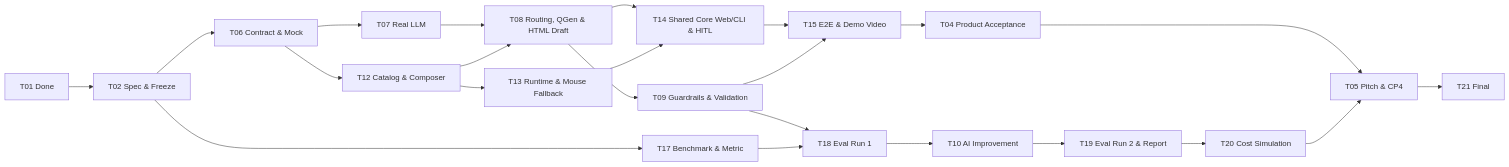
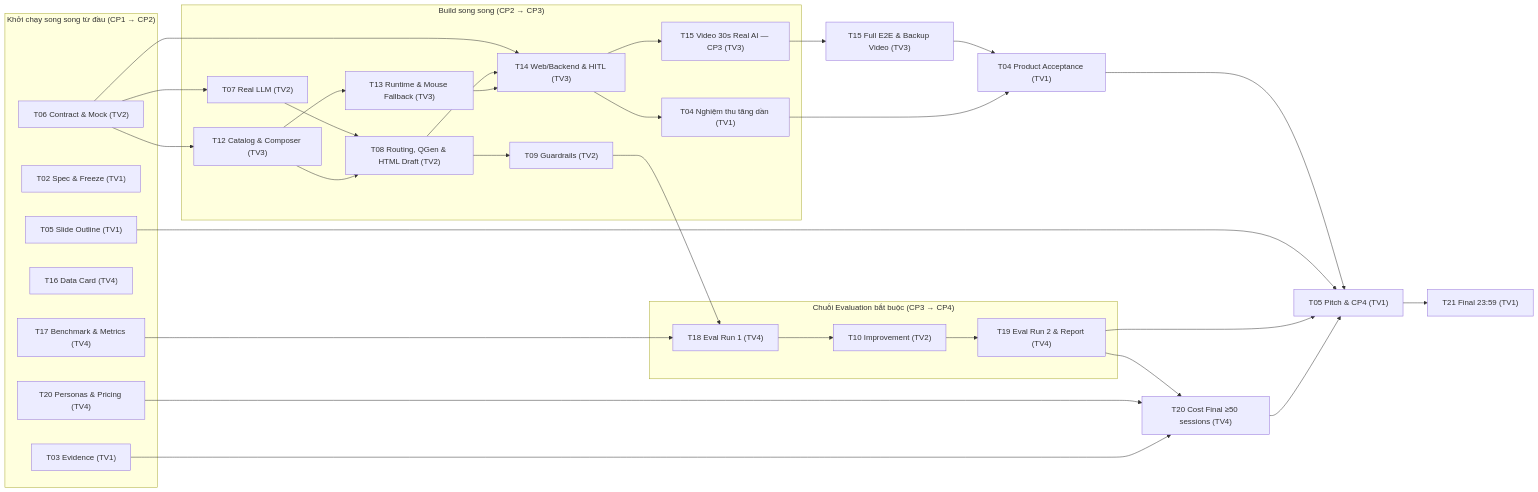
The diagram in docs/TASKS.md (LeHongQuanMarble/K5-L3-Day15-AI-Product-Hackathon-4ChangLinhNguLam), drawn with Mermaid before and after one commit. The commit also changed other lines of this file, not shown here.

````diff
--- a/docs/TASKS.md
+++ b/docs/TASKS.md
@@ -898,25 +900,52 @@
 ```mermaid
 flowchart LR
-    T01["T01 Done"] --> T02["T02 Spec & Freeze"]
-    T02 --> T06["T06 Contract & Mock"]
-    T02 --> T17["T17 Benchmark & Metric"]
-    T06 --> T07["T07 Real LLM"]
-    T06 --> T12["T12 Catalog & Composer"]
-    T07 --> T08["T08 Routing, QGen & HTML Draft"]
+    subgraph PARALLEL_START["Khởi chạy song song từ đầu (CP1 → CP2)"]
+        T03["T03 Evidence (TV1)"]
+        T02["T02 Spec & Freeze (TV1)"]
+        T06["T06 Contract & Mock (TV2)"]
+        T16["T16 Data Card (TV4)"]
+        T17["T17 Benchmark & Metrics (TV4)"]
+        T05P["T05 Slide Outline (TV1)"]
+        T20P["T20 Personas & Pricing (TV4)"]
+    end
+
+    subgraph BUILD_PARALLEL["Build song song (CP2 → CP3)"]
+        T07["T07 Real LLM (TV2)"]
+        T12["T12 Catalog & Composer (TV3)"]
+        T13["T13 Runtime & Mouse Fallback (TV3)"]
+        T08["T08 Routing, QGen & HTML Draft (TV2)"]
+        T09["T09 Guardrails (TV2)"]
+        T14["T14 Web/Backend & HITL (TV3)"]
+        T15A["T15 Video 30s Real AI — CP3 (TV3)"]
+        T04A["T04 Nghiệm thu tăng dần (TV1)"]
+    end
+
+    subgraph EVAL_CHAIN["Chuỗi Evaluation bắt buộc (CP3 → CP4)"]
+        T18["T18 Eval Run 1 (TV4)"] --> T10["T10 Improvement (TV2)"] --> T19["T19 Eval Run 2 & Report (TV4)"]
+    end
+
+    T06 --> T07
+    T06 --> T12
+    T06 --> T14
+    T07 --> T08
     T12 --> T08
-    T12 --> T13["T13 Runtime & Mouse Fallback"]
-    T08 --> T09["T09 Guardrails & Validation"]
-    T08 --> T14["T14 Shared Core Web/CLI & HITL"]
+    T12 --> T13
+    T08 --> T09
+    T08 --> T14
     T13 --> T14
-    T09 --> T18["T18 Eval Run 1"]
+    T14 --> T15A
+    T14 --> T04A
+    T09 --> T18
     T17 --> T18
-    T18 --> T10["T10 AI Improvement"]
-    T10 --> T19["T19 Eval Run 2 & Report"]
-    T14 --> T15["T15 E2E & Demo Video"]
-    T09 --> T15
-    T15 --> T04["T04 Product Acceptance"]
-    T19 --> T20["T20 Cost Simulation"]
-    T04 --> T05["T05 Pitch & CP4"]
+    T19 --> T20["T20 Cost Final ≥50 sessions (TV4)"]
+    T20P --> T20
+    T03 --> T20
+    T15A --> T15B["T15 Full E2E & Backup Video (TV3)"]
+    T15B --> T04["T04 Product Acceptance (TV1)"]
+    T04A --> T04
+    T04 --> T05["T05 Pitch & CP4 (TV1)"]
+    T05P --> T05
+    T19 --> T05
     T20 --> T05
-    T05 --> T21["T21 Final"]
+    T05 --> T21["T21 Final 23:59 (TV1)"]
 ```
````
